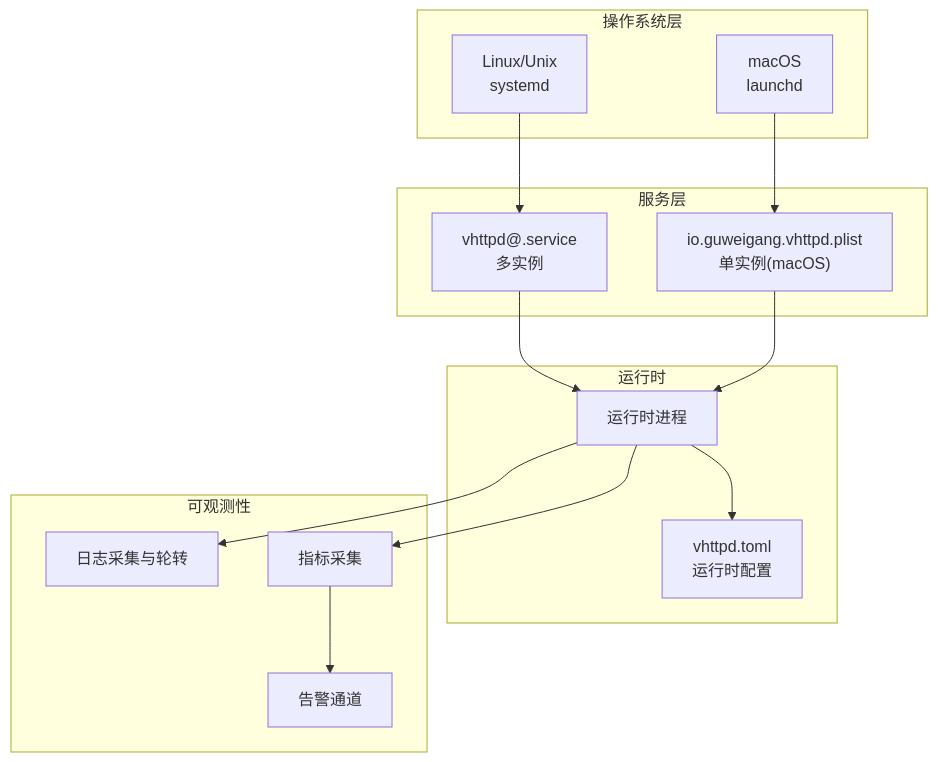
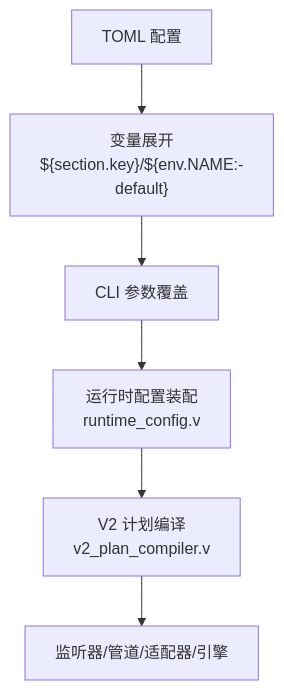
Before and after one commit to guweigang/vhttpd: the fourth of 8 diagrams in .qoder/repowiki/zh/content/部署运维/部署运维.md, drawn with Mermaid. The commit also changed other lines of this file and 697 other files, not shown here.

````diff
--- a/.qoder/repowiki/zh/content/部署运维/部署运维.md
+++ b/.qoder/repowiki/zh/content/部署运维/部署运维.md
@@ -80,28 +167,8 @@
 ```mermaid
-graph TB
-subgraph "操作系统层"
-L["Linux/Unix<br/>systemd"]
-M["macOS<br/>launchd"]
-end
-subgraph "服务层"
-S1["vhttpd@.service<br/>多实例"]
-S2["io.guweigang.vhttpd.plist<br/>单实例(macOS)"]
-end
-subgraph "运行时"
-C["vhttpd.toml<br/>运行时配置"]
-R["运行时进程"]
-end
-subgraph "可观测性"
-LOG["日志采集与轮转"]
-MET["指标采集"]
-AL["告警通道"]
-end
-L --> S1
-M --> S2
-S1 --> R
-S2 --> R
-R --> C
-R --> LOG
-R --> MET
-MET --> AL
+flowchart TD
+A["TOML 配置"] --> B["变量展开<br/>${section.key}/${env.NAME:-default}"]
+B --> C["CLI 参数覆盖"]
+C --> D["运行时配置装配<br/>runtime_config.v"]
+D --> E["V2 计划编译<br/>v2_plan_compiler.v"]
+E --> F["监听器/管道/适配器/引擎"]
 ```
````
